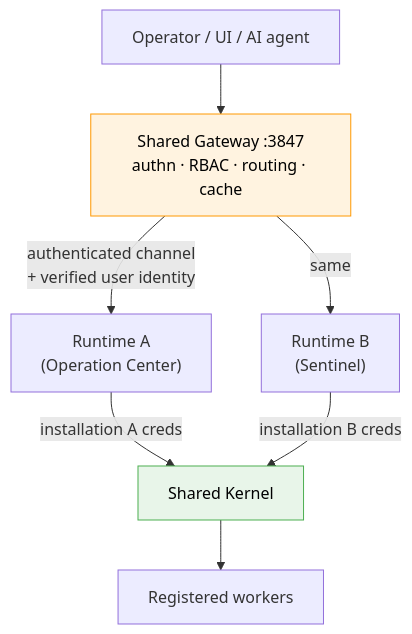
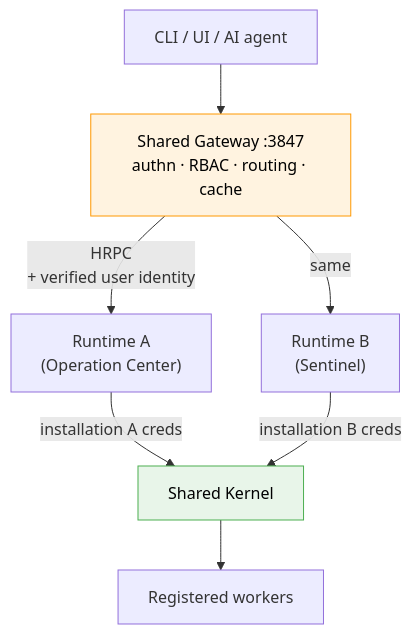
One commit to ankit-tether/mdk-be changed the second of 2 diagrams in docs/hld-app-gateway.md. Above: the diagram before and after it, drawn with Mermaid. The commit also changed other lines of this file, not shown here.

First line of the commit message:
Refine High-Level Design for Gateway Topology and App Isolation

````diff
--- a/docs/hld-app-gateway.md
+++ b/docs/hld-app-gateway.md
@@ -78,12 +88,12 @@
 ```mermaid
 flowchart TD
-  U["Operator / UI / AI agent"] --> G["Shared Gateway :3847<br/>authn · RBAC · routing · cache"]
-  G -->|"authenticated channel<br/>+ verified user identity"| RA["Runtime A<br/>(Operation Center)"]
+  U["CLI / UI / AI agent"] --> G["Shared Gateway :3847<br/>authn · RBAC · routing · cache"]
+  G -->|"HRPC<br/>+ verified user identity"| RA["Runtime A<br/>(Operation Center)"]
   G -->|"same"| RB["Runtime B<br/>(Sentinel)"]
   RA -->|"installation A creds"| K["Shared Kernel"]
   RB -->|"installation B creds"| K
   K --> W["Registered workers"]
 
   style G fill:#fff3e0,stroke:#ff9800,color:#000
   style K fill:#e8f5e9,stroke:#4caf50,color:#000
 ```
````
